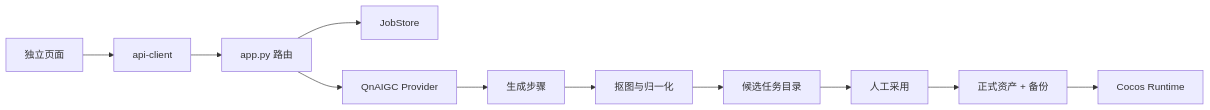
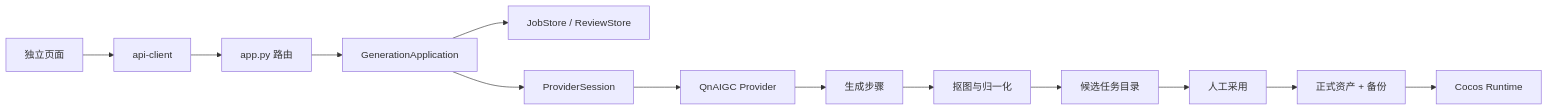
The diagram in docs/ARCHITECTURE.md (huyanxius/windup-asset-lab), drawn with Mermaid before and after one commit. The commit also changed other lines of this file and 2 other files, not shown here.

````diff
--- a/docs/ARCHITECTURE.md
+++ b/docs/ARCHITECTURE.md
@@ -62,13 +76,15 @@
 ```mermaid
 flowchart LR
   UI["独立页面"] --> API["api-client"]
   API --> HTTP["app.py 路由"]
-  HTTP --> Store["JobStore"]
-  HTTP --> Provider["QnAIGC Provider"]
+  HTTP --> App["GenerationApplication"]
+  App --> Store["JobStore / ReviewStore"]
+  App --> Session["ProviderSession"]
+  Session --> Provider["QnAIGC Provider"]
   Provider --> Generate["生成步骤"]
   Generate --> Process["抠图与归一化"]
   Process --> Candidate["候选任务目录"]
   Candidate --> Review["人工采用"]
   Review --> Assets["正式资产 + 备份"]
   Assets --> Cocos["Cocos Runtime"]
 ```
````
